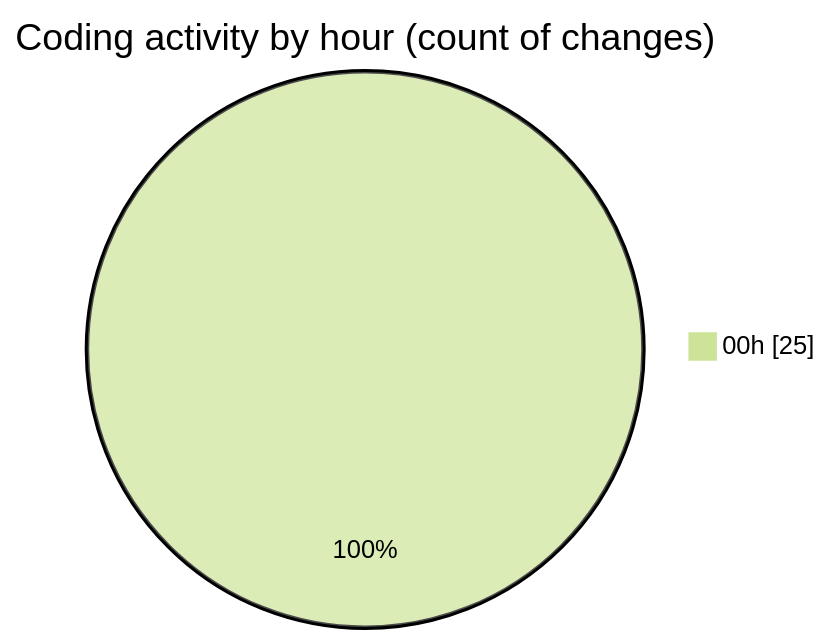
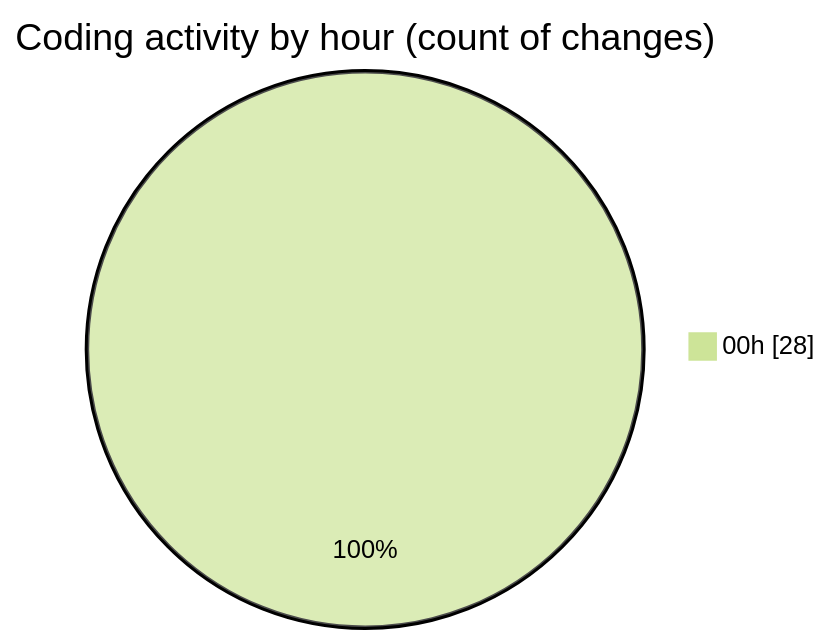
One commit to donsfak/code-tracking changed the second of 2 diagrams in 2025-02-09/maps_clone/README.md. Above: the diagram before and after it, drawn with Mermaid (forest theme). The commit also changed other lines of this file and 1 other file, not shown here.

````diff
--- a/2025-02-09/maps_clone/README.md
+++ b/2025-02-09/maps_clone/README.md
@@ -30,5 +30,5 @@
 ```mermaid
 pie showData
 title Coding activity by hour (count of changes)
-"00h" : 25
+"00h" : 28
 ```
````
